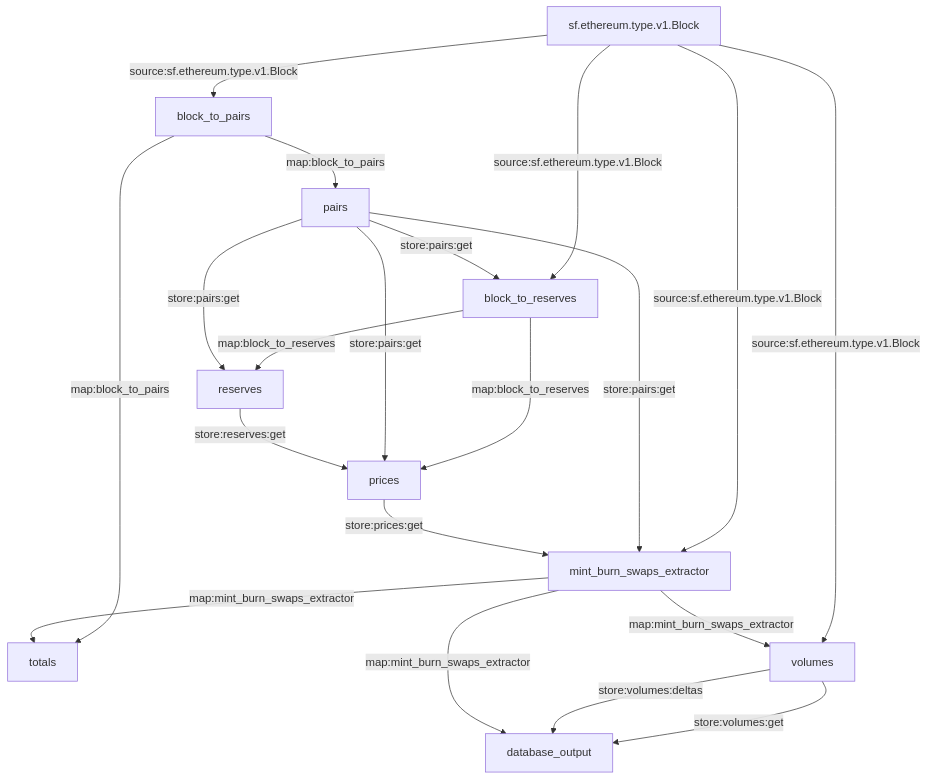
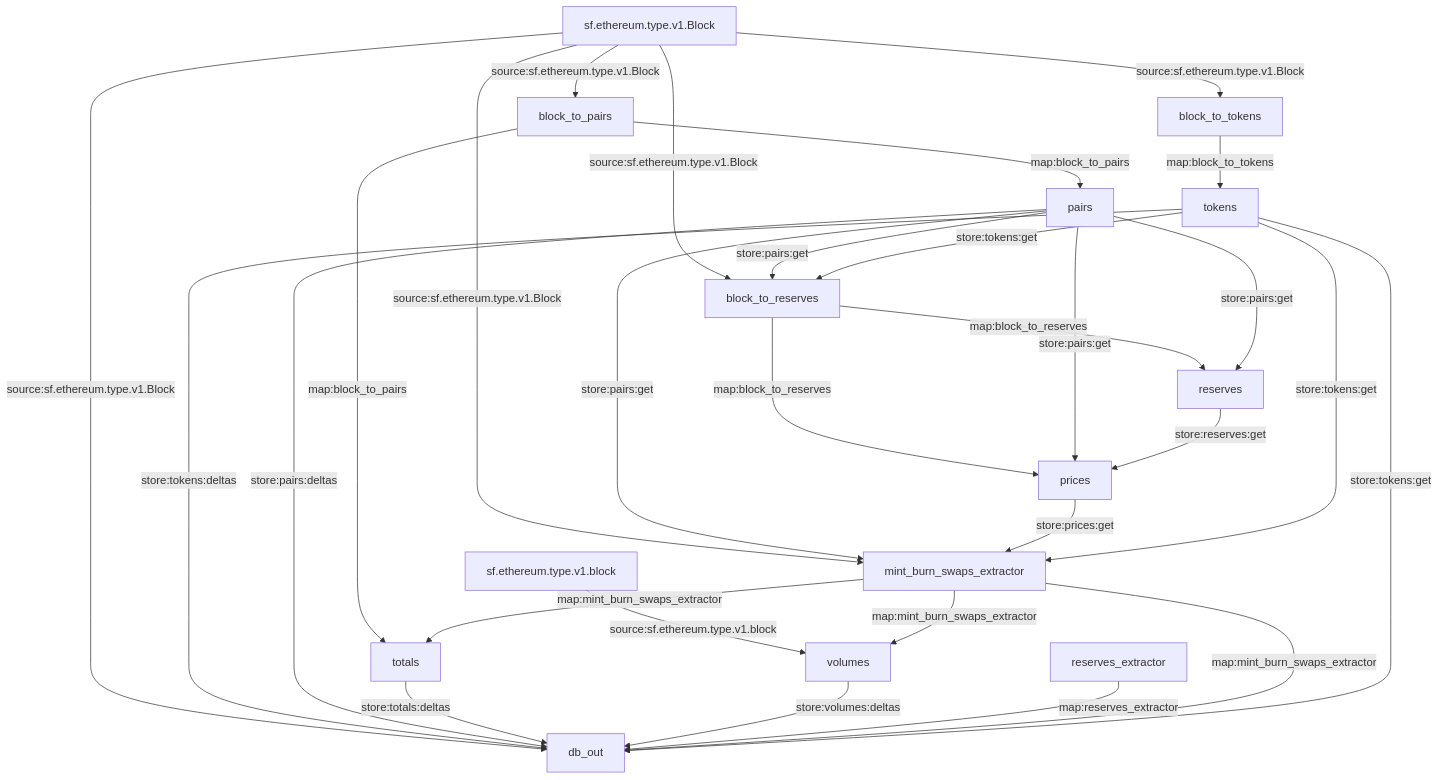
The diagram in README.md (streamingfast/substreams-playground), drawn with Mermaid before and after one commit. The commit also changed other lines of this file, not shown here.

````diff
--- a/README.md
+++ b/README.md
@@ -74,22 +74,31 @@
 ```mermaid
 graph TD;
   sf.ethereum.type.v1.Block -- "source:sf.ethereum.type.v1.Block" --> block_to_pairs
   block_to_pairs -- "map:block_to_pairs" --> pairs
   sf.ethereum.type.v1.Block -- "source:sf.ethereum.type.v1.Block" --> block_to_reserves
   pairs -- "store:pairs:get" --> block_to_reserves
+  tokens -- "store:tokens:get" --> block_to_reserves
   block_to_reserves -- "map:block_to_reserves" --> reserves
   pairs -- "store:pairs:get" --> reserves
   block_to_reserves -- "map:block_to_reserves" --> prices
   pairs -- "store:pairs:get" --> prices
   reserves -- "store:reserves:get" --> prices
   sf.ethereum.type.v1.Block -- "source:sf.ethereum.type.v1.Block" --> mint_burn_swaps_extractor
   pairs -- "store:pairs:get" --> mint_burn_swaps_extractor
   prices -- "store:prices:get" --> mint_burn_swaps_extractor
+  tokens -- "store:tokens:get" --> mint_burn_swaps_extractor
   block_to_pairs -- "map:block_to_pairs" --> totals
   mint_burn_swaps_extractor -- "map:mint_burn_swaps_extractor" --> totals
-  sf.ethereum.type.v1.Block -- "source:sf.ethereum.type.v1.Block" --> volumes
+  sf.ethereum.type.v1.block -- "source:sf.ethereum.type.v1.block" --> volumes
   mint_burn_swaps_extractor -- "map:mint_burn_swaps_extractor" --> volumes
-  volumes -- "store:volumes:get" --> database_output
-  volumes -- "store:volumes:deltas" --> database_output
-  mint_burn_swaps_extractor -- "map:mint_burn_swaps_extractor" --> database_output
+  sf.ethereum.type.v1.Block -- "source:sf.ethereum.type.v1.Block" --> block_to_tokens
+  block_to_tokens -- "map:block_to_tokens" --> tokens
+  sf.ethereum.type.v1.Block -- "source:sf.ethereum.type.v1.Block" --> db_out
+  tokens -- "store:tokens:deltas" --> db_out
+  pairs -- "store:pairs:deltas" --> db_out
+  totals -- "store:totals:deltas" --> db_out
+  volumes -- "store:volumes:deltas" --> db_out
+  reserves_extractor -- "map:reserves_extractor" --> db_out
+  mint_burn_swaps_extractor -- "map:mint_burn_swaps_extractor" --> db_out
+  tokens -- "store:tokens:get" --> db_out
 ```
````
